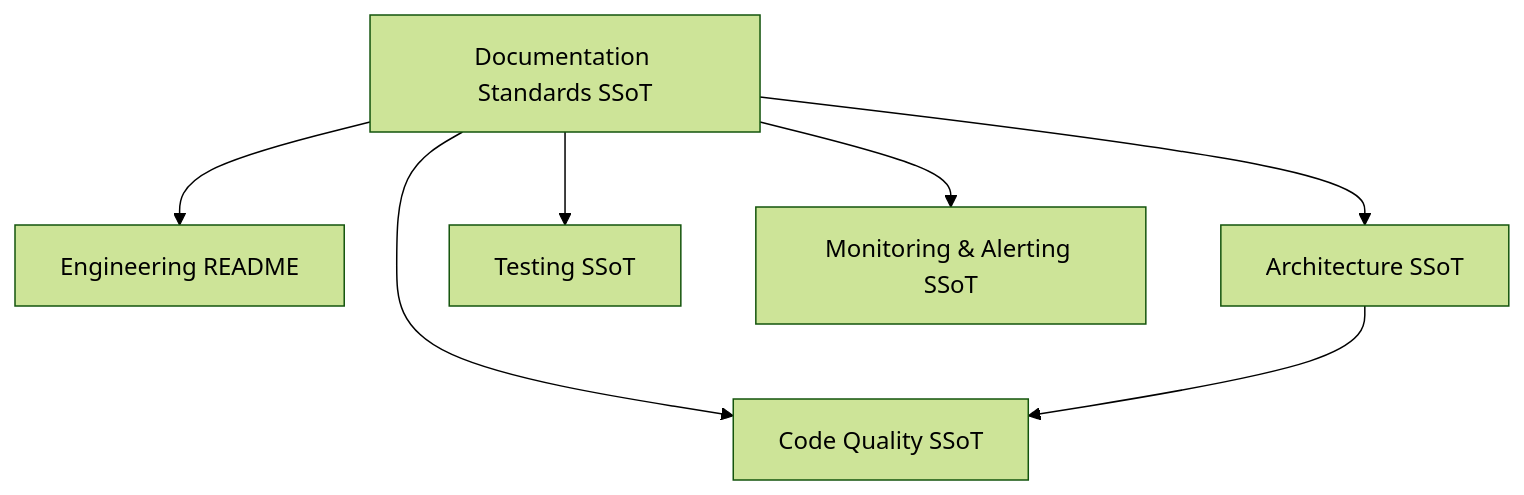
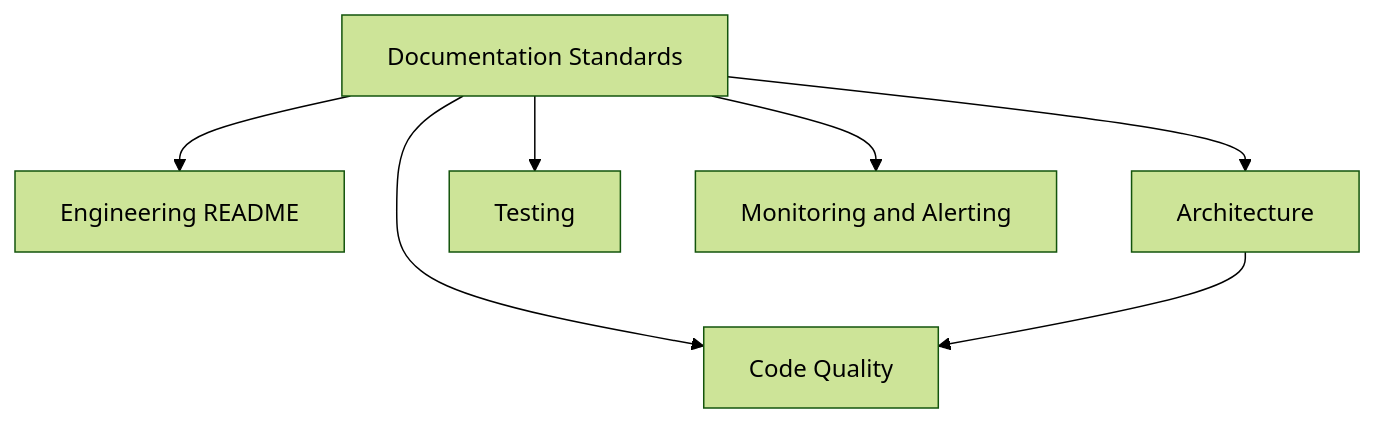
One commit to Tuee22/effectful changed the diagram in documents/documentation_standards.md. Above: the diagram before and after it, drawn with Mermaid (forest theme). The commit also changed other lines of this file and 52 other files, not shown here.

````diff
--- a/documents/documentation_standards.md
+++ b/documents/documentation_standards.md
@@ -12,16 +25,16 @@
 ```mermaid
 flowchart TB
-  Docs[Documentation Standards SSoT]
-  EngineeringHub[Engineering README]
-  CodeQuality[Code Quality SSoT]
-  Architecture[Architecture SSoT]
-  Testing[Testing SSoT]
-  MonAlert[Monitoring & Alerting SSoT]
+  Docs[Documentation Standards]
+  EngHub[Engineering README]
+  CodeQuality[Code Quality]
+  Architecture[Architecture]
+  Testing[Testing]
+  Monitoring[Monitoring and Alerting]
 
-  Docs --> EngineeringHub
+  Docs --> EngHub
   Docs --> CodeQuality
   Docs --> Architecture
   Docs --> Testing
-  Docs --> MonAlert
+  Docs --> Monitoring
   Architecture --> CodeQuality
 ```
````
